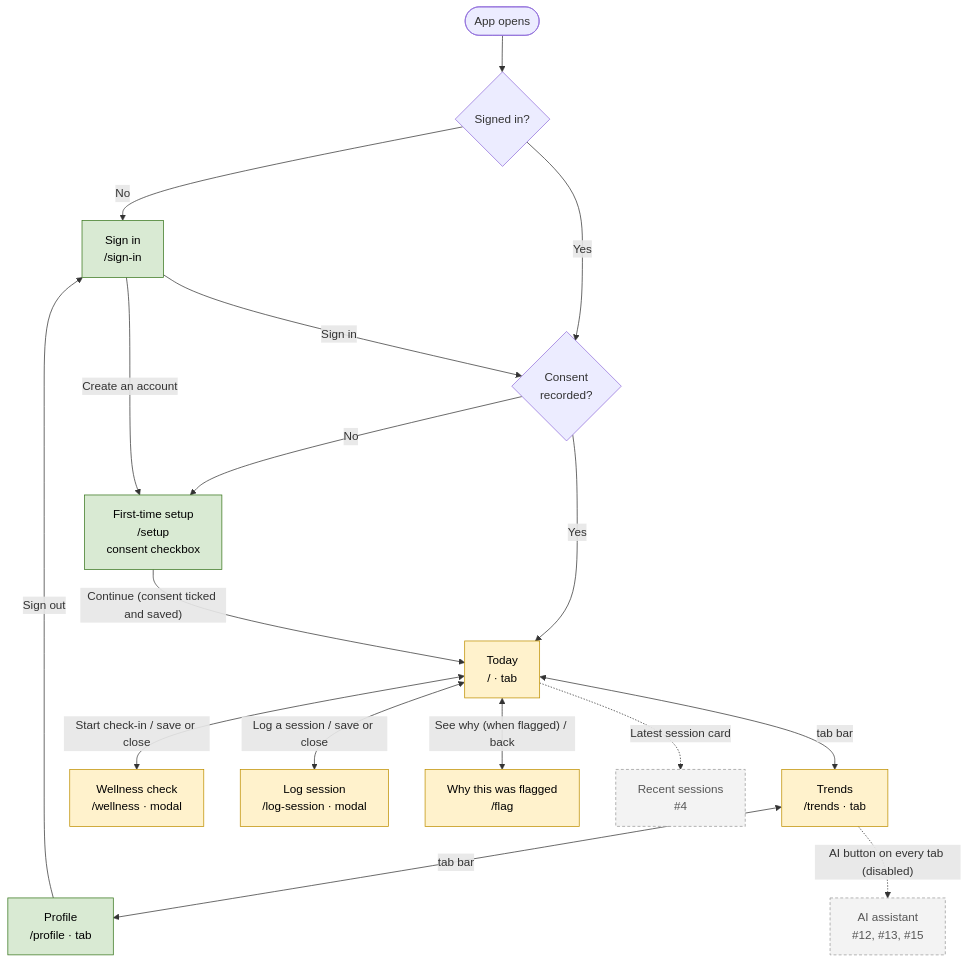
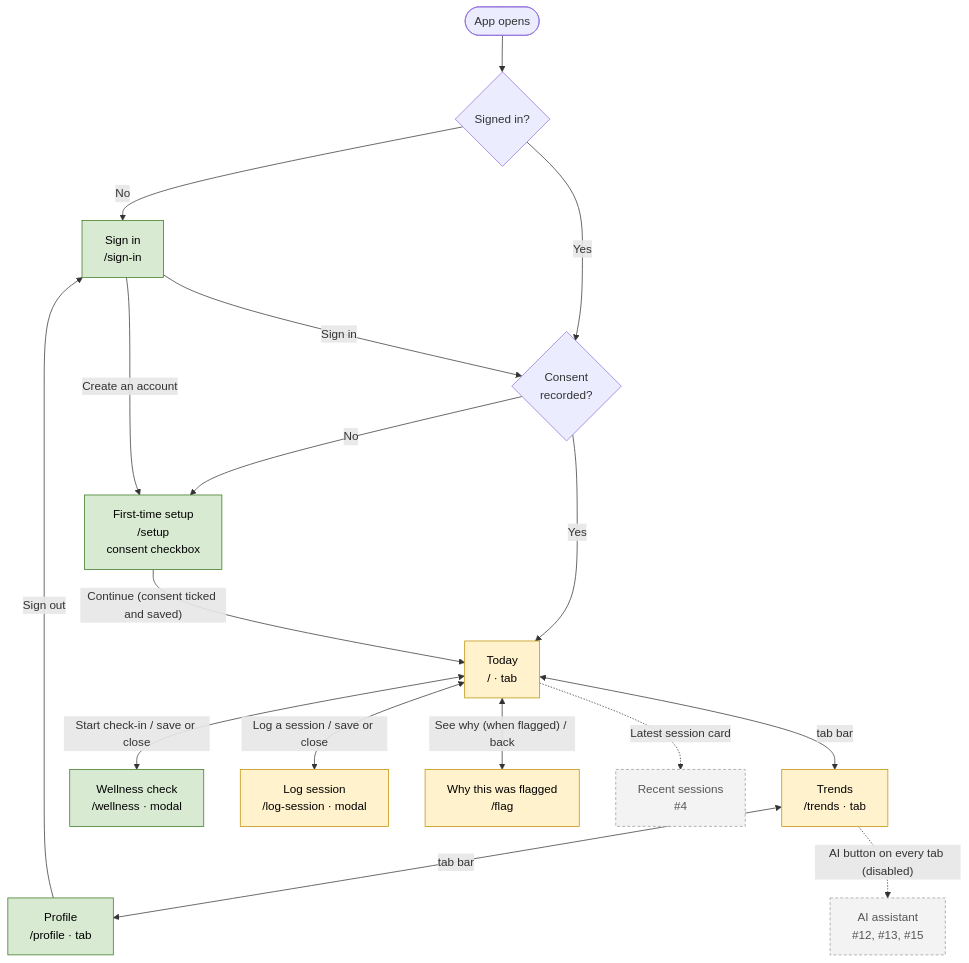
The first of 2 diagrams in docs/design/navigation-map.md (peterbryson/LoadWise), drawn with Mermaid before and after one commit. The commit also changed other lines of this file and 13 other files, not shown here.

````diff
--- a/docs/design/navigation-map.md
+++ b/docs/design/navigation-map.md
@@ -13,31 +13,31 @@
 ```mermaid
 flowchart TD
   start([App opens]) --> auth{Signed in?}
   auth -- No --> signin[Sign in<br/>/sign-in]
   auth -- Yes --> consent{Consent<br/>recorded?}
   consent -- Yes --> today
   consent -- No --> setup
   signin -- "Create an account" --> setup[First-time setup<br/>/setup<br/>consent checkbox]
   setup -- "Continue (consent ticked and saved)" --> today
   signin -- "Sign in" --> consent
 
   today[Today<br/>/ · tab]
   trends[Trends<br/>/trends · tab]
   profile[Profile<br/>/profile · tab]
   today <-- "tab bar" --> trends
   trends <-- "tab bar" --> profile
 
   today <-- "Start check-in / save or close" --> wellness[Wellness check<br/>/wellness · modal]
   today <-- "Log a session / save or close" --> logsession[Log session<br/>/log-session · modal]
   today <-- "See why (when flagged) / back" --> flag[Why this was flagged<br/>/flag]
   today -.->|"Latest session card"| history[Recent sessions<br/>#4]:::planned
   trends -.->|"AI button on every tab (disabled)"| ai[AI assistant<br/>#12, #13, #15]:::planned
 
   profile -- "Sign out" --> signin
 
-  class signin,setup,profile real
-  class today,trends,wellness,logsession,flag preview
+  class signin,setup,profile,wellness real
+  class today,trends,logsession,flag preview
   classDef real fill:#d9ead3,stroke:#38761d,color:#000
   classDef preview fill:#fff2cc,stroke:#bf9000,color:#000
   classDef planned fill:#f3f3f3,stroke:#999,stroke-dasharray:4 3,color:#555
 ```
````
